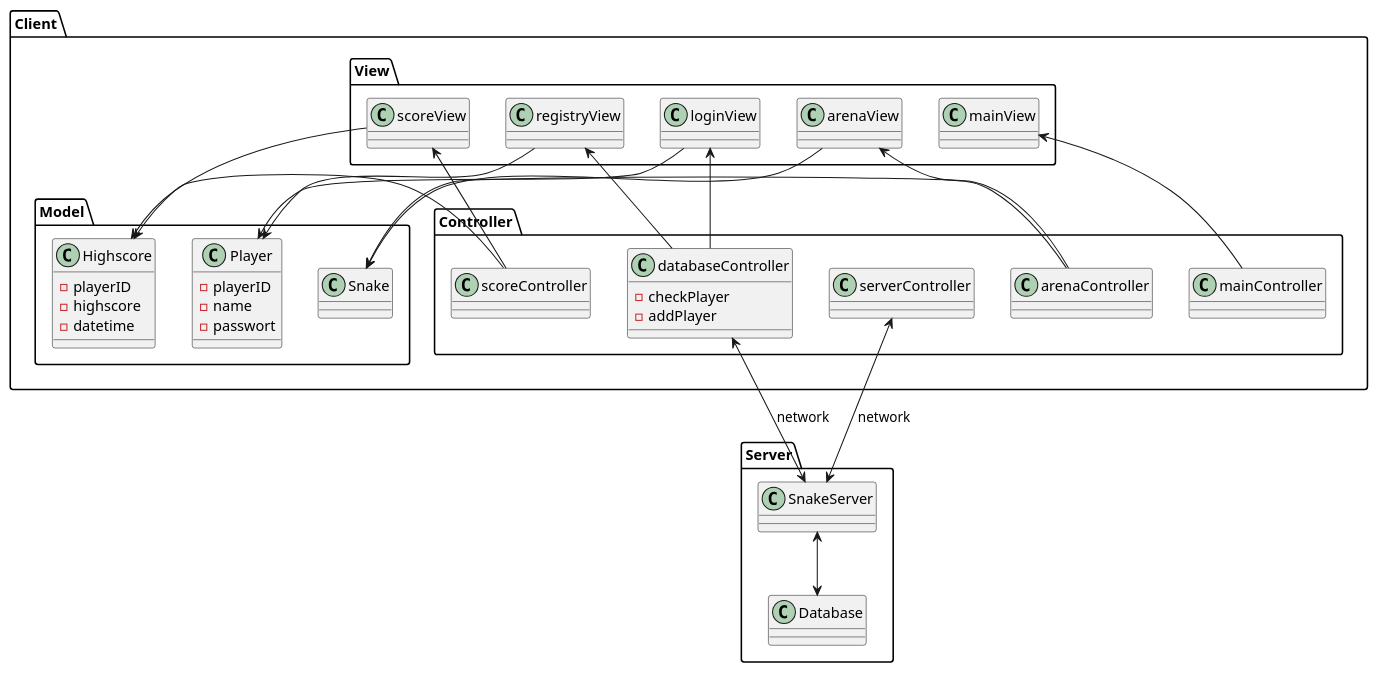
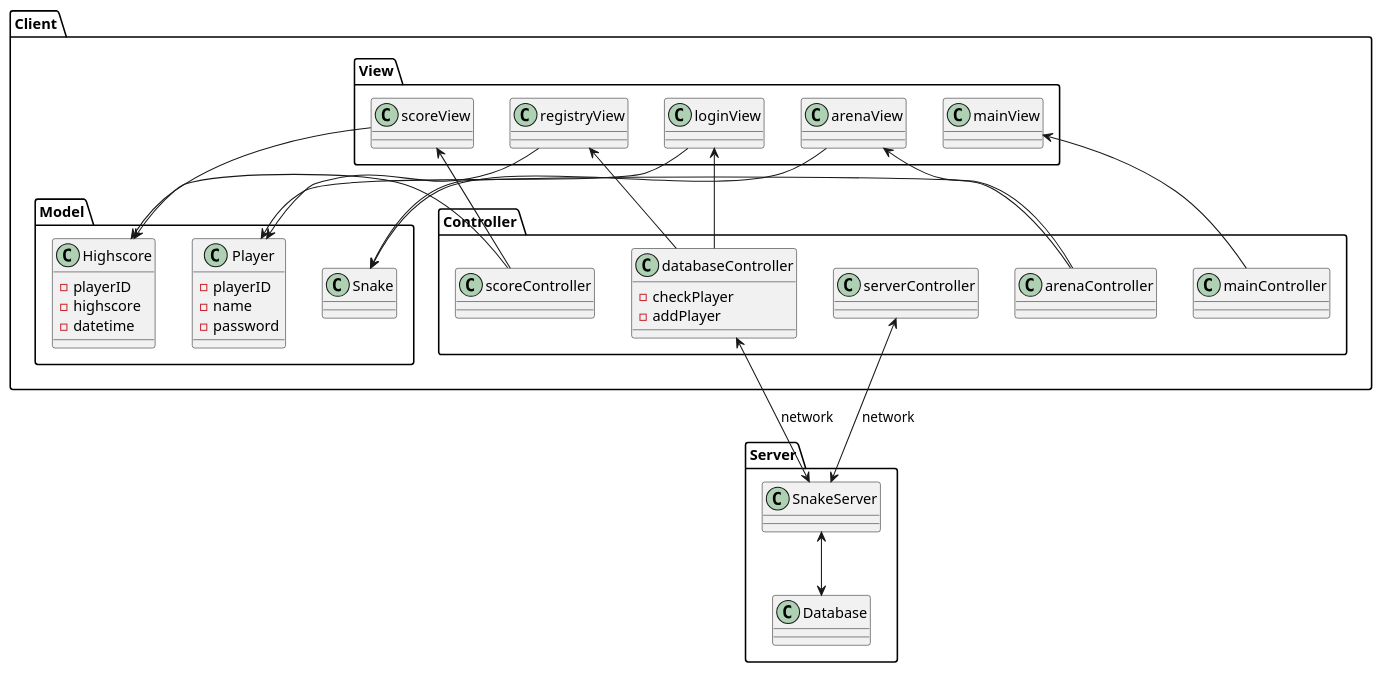
Before and after one commit to s74594/Multiplayer_Snake: the diagram in PlantUML/MultiplayerSnake.puml, drawn with PlantUML. The commit also changed 10 other files, not shown here.

```diff
--- a/PlantUML/MultiplayerSnake.puml
+++ b/PlantUML/MultiplayerSnake.puml
@@ -1,61 +1,61 @@
 @startuml
 'https://plantuml.com/class-diagram
 
 package Client {
     package Model {
         class Snake {}
         class Player{
         -playerID
         -name
-        -passwort
+        -password
         }
         class Highscore{
         -playerID
         -highscore
         -datetime
         }
     }
 
     package View {
         class scoreView{}
         class registryView{}
         class loginView{}
         class arenaView{}
         class mainView{}
     }
 
     package Controller {
         class scoreController {}
         class databaseController {
         -checkPlayer
         -addPlayer
         }
         class arenaController {}
         class mainController {}
         class serverController{}
     }
     'connections
     registryView --> Player
     loginView --> Player
     Highscore <-- scoreView
     Snake <-- arenaView
     scoreView <-- scoreController
     registryView <-- databaseController
     loginView <-- databaseController
     arenaView <-- arenaController
     mainView <-- mainController
     arenaController --> Snake
     scoreController --> Highscore
     }
 
 package Server {
     class SnakeServer
     class Database {}
     'connections
     SnakeServer <--> Database
 }
 
 'connections
 serverController <--> SnakeServer :network
 databaseController <--> SnakeServer :network
 @enduml
```
